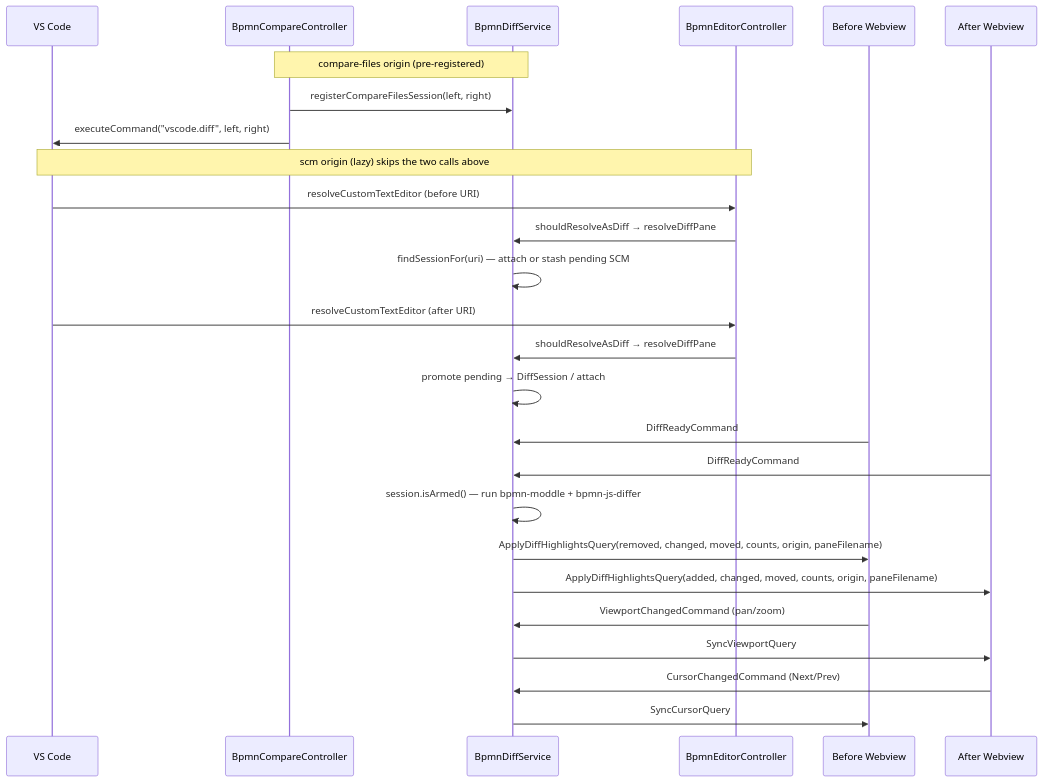
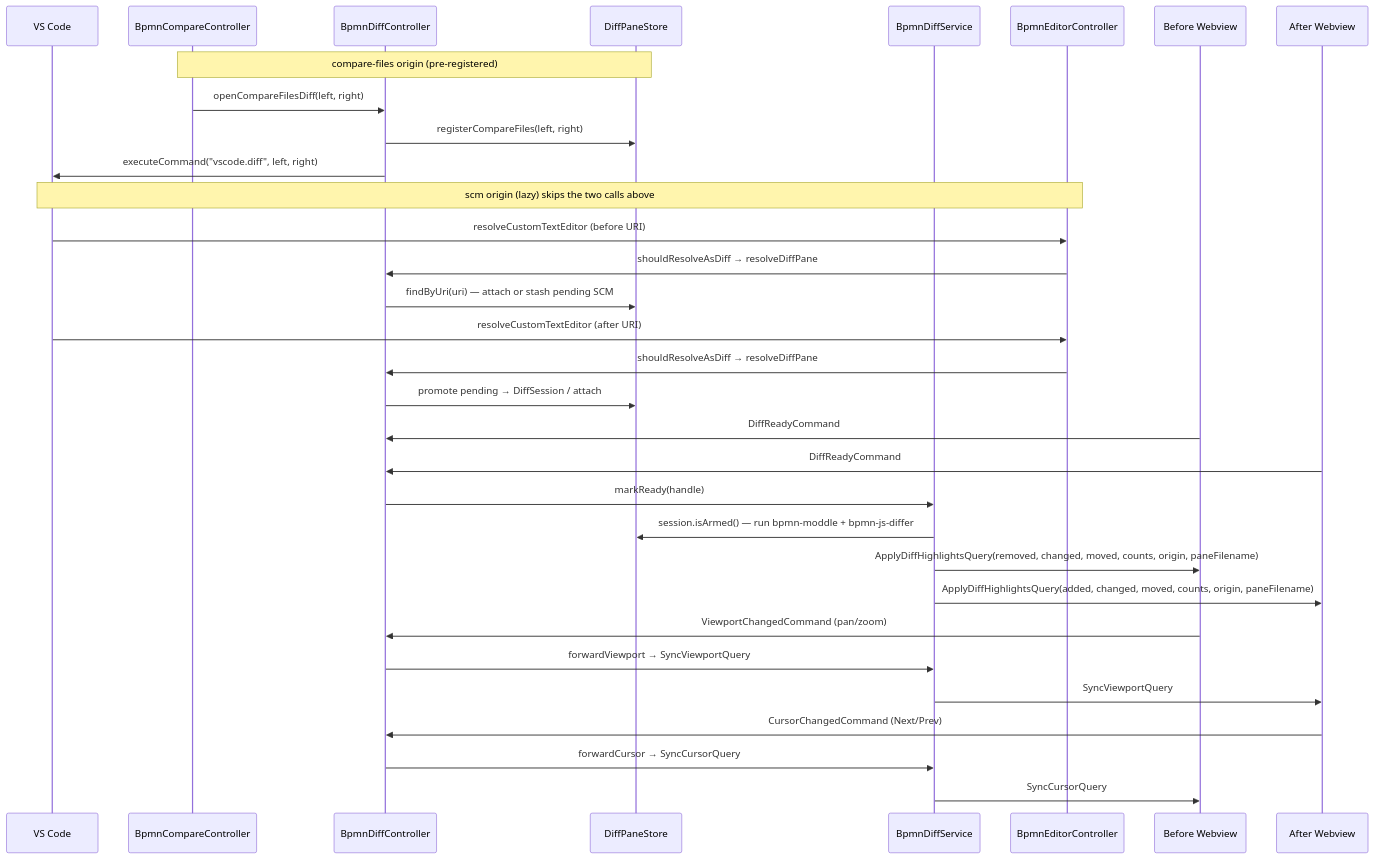
The diagram in docs/vscode/contributing/architecture/bpmn-diff.md (Miragon/bpmn-modeler), drawn with Mermaid before and after one commit. The commit also changed other lines of this file and 12 other files, not shown here.

First line of the commit message:
refactor(diff): split BpmnDiffService into controller and store layers

````diff
--- a/docs/vscode/contributing/architecture/bpmn-diff.md
+++ b/docs/vscode/contributing/architecture/bpmn-diff.md
@@ -43,33 +44,39 @@
 ```mermaid
 sequenceDiagram
     participant VSCode as VS Code
     participant Ctrl as BpmnCompareController
-    participant Diff as BpmnDiffService
+    participant DiffCtrl as BpmnDiffController
+    participant Store as DiffPaneStore
+    participant Svc as BpmnDiffService
     participant Editor as BpmnEditorController
     participant BeforePane as Before Webview
     participant AfterPane as After Webview
 
-    Note over Ctrl,Diff: compare-files origin (pre-registered)
-    Ctrl->>Diff: registerCompareFilesSession(left, right)
-    Ctrl->>VSCode: executeCommand("vscode.diff", left, right)
+    Note over Ctrl,Store: compare-files origin (pre-registered)
+    Ctrl->>DiffCtrl: openCompareFilesDiff(left, right)
+    DiffCtrl->>Store: registerCompareFiles(left, right)
+    DiffCtrl->>VSCode: executeCommand("vscode.diff", left, right)
 
     Note over VSCode,Editor: scm origin (lazy) skips the two calls above
     VSCode->>Editor: resolveCustomTextEditor (before URI)
-    Editor->>Diff: shouldResolveAsDiff → resolveDiffPane
-    Diff->>Diff: findSessionFor(uri) — attach or stash pending SCM
+    Editor->>DiffCtrl: shouldResolveAsDiff → resolveDiffPane
+    DiffCtrl->>Store: findByUri(uri) — attach or stash pending SCM
 
     VSCode->>Editor: resolveCustomTextEditor (after URI)
-    Editor->>Diff: shouldResolveAsDiff → resolveDiffPane
-    Diff->>Diff: promote pending → DiffSession / attach
+    Editor->>DiffCtrl: shouldResolveAsDiff → resolveDiffPane
+    DiffCtrl->>Store: promote pending → DiffSession / attach
 
-    BeforePane->>Diff: DiffReadyCommand
-    AfterPane->>Diff: DiffReadyCommand
-    Diff->>Diff: session.isArmed() — run bpmn-moddle + bpmn-js-differ
-    Diff->>BeforePane: ApplyDiffHighlightsQuery(removed, changed, moved, counts, origin, paneFilename)
-    Diff->>AfterPane: ApplyDiffHighlightsQuery(added, changed, moved, counts, origin, paneFilename)
+    BeforePane->>DiffCtrl: DiffReadyCommand
+    AfterPane->>DiffCtrl: DiffReadyCommand
+    DiffCtrl->>Svc: markReady(handle)
+    Svc->>Store: session.isArmed() — run bpmn-moddle + bpmn-js-differ
+    Svc->>BeforePane: ApplyDiffHighlightsQuery(removed, changed, moved, counts, origin, paneFilename)
+    Svc->>AfterPane: ApplyDiffHighlightsQuery(added, changed, moved, counts, origin, paneFilename)
 
-    BeforePane->>Diff: ViewportChangedCommand (pan/zoom)
-    Diff->>AfterPane: SyncViewportQuery
-    AfterPane->>Diff: CursorChangedCommand (Next/Prev)
-    Diff->>BeforePane: SyncCursorQuery
+    BeforePane->>DiffCtrl: ViewportChangedCommand (pan/zoom)
+    DiffCtrl->>Svc: forwardViewport → SyncViewportQuery
+    Svc->>AfterPane: SyncViewportQuery
+    AfterPane->>DiffCtrl: CursorChangedCommand (Next/Prev)
+    DiffCtrl->>Svc: forwardCursor → SyncCursorQuery
+    Svc->>BeforePane: SyncCursorQuery
 ```
````
